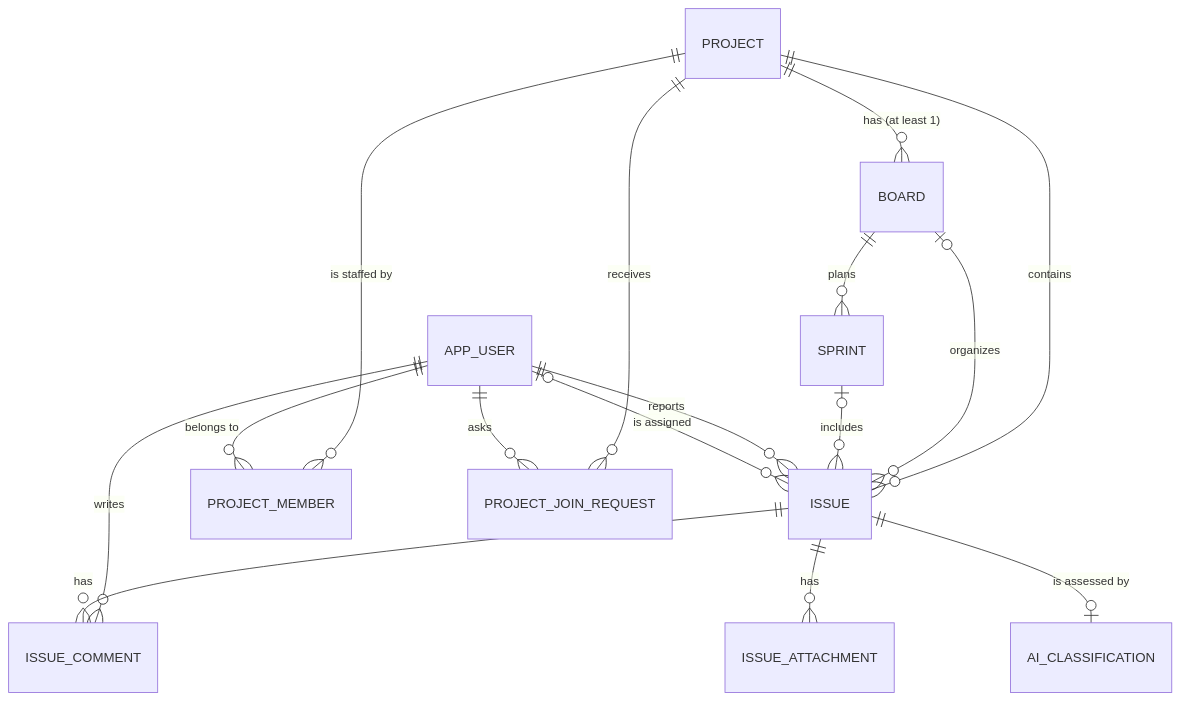
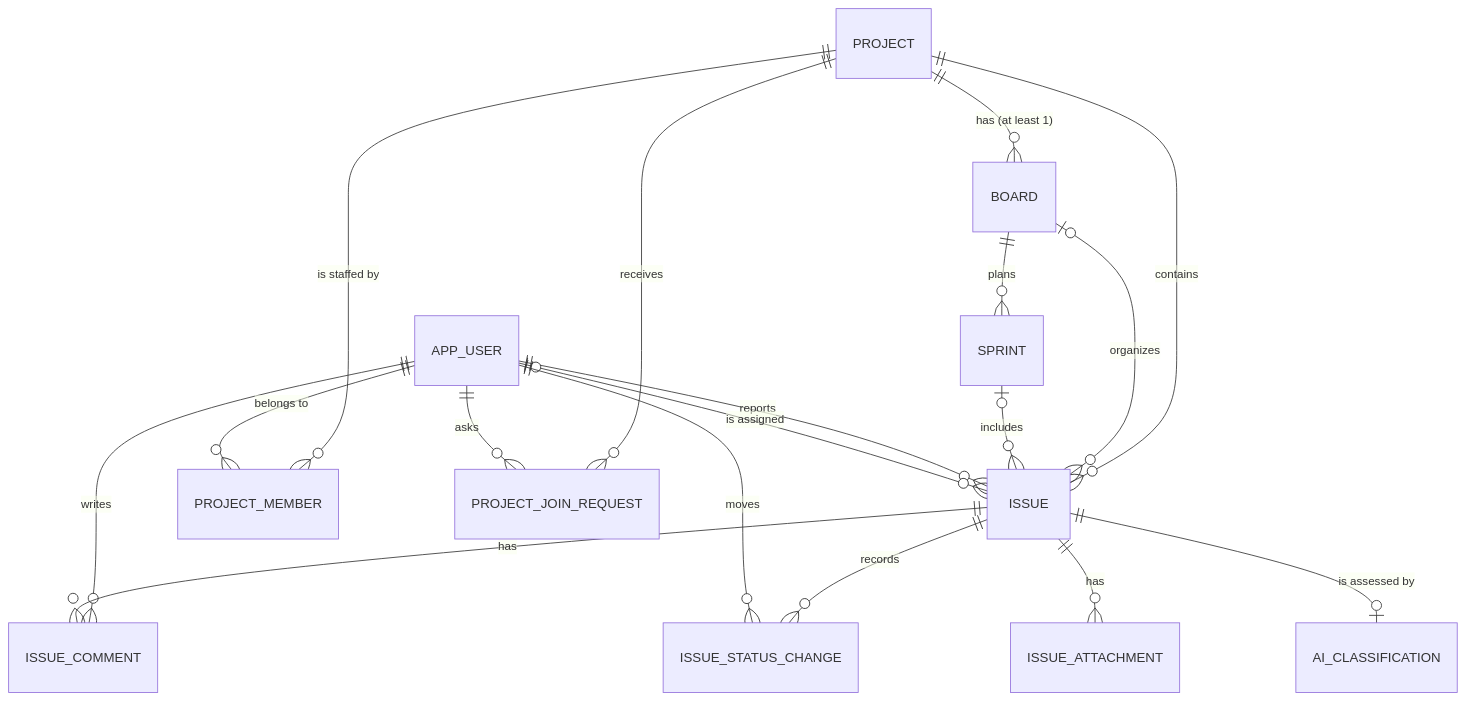
One commit to Abdelmoniem-Ouadoudi/workflow-api changed the diagram in docs/DATA-MODEL.md. Above: the diagram before and after it, drawn with Mermaid. The commit also changed other lines of this file and 19 other files, not shown here.

First line of the commit message:
feat(issue): record every status change and show it under the comments

````diff
--- a/docs/DATA-MODEL.md
+++ b/docs/DATA-MODEL.md
@@ -29,18 +29,20 @@
 ```mermaid
 erDiagram
     PROJECT   ||--o{ BOARD            : "has (at least 1)"
     PROJECT   ||--o{ ISSUE            : "contains"
     PROJECT   ||--o{ PROJECT_MEMBER   : "is staffed by"
     APP_USER  ||--o{ PROJECT_MEMBER   : "belongs to"
     PROJECT   ||--o{ PROJECT_JOIN_REQUEST : "receives"
     APP_USER  ||--o{ PROJECT_JOIN_REQUEST : "asks"
     BOARD     ||--o{ SPRINT           : "plans"
     BOARD     |o--o{ ISSUE            : "organizes"
     SPRINT    |o--o{ ISSUE            : "includes"
     APP_USER  ||--o{ ISSUE            : "reports"
     APP_USER  |o--o{ ISSUE            : "is assigned"
     APP_USER  ||--o{ ISSUE_COMMENT    : "writes"
     ISSUE     ||--o{ ISSUE_COMMENT    : "has"
+    ISSUE     ||--o{ ISSUE_STATUS_CHANGE : "records"
+    APP_USER  ||--o{ ISSUE_STATUS_CHANGE : "moves"
     ISSUE     ||--o{ ISSUE_ATTACHMENT : "has"
     ISSUE     ||--o| AI_CLASSIFICATION : "is assessed by"
 ```
````
